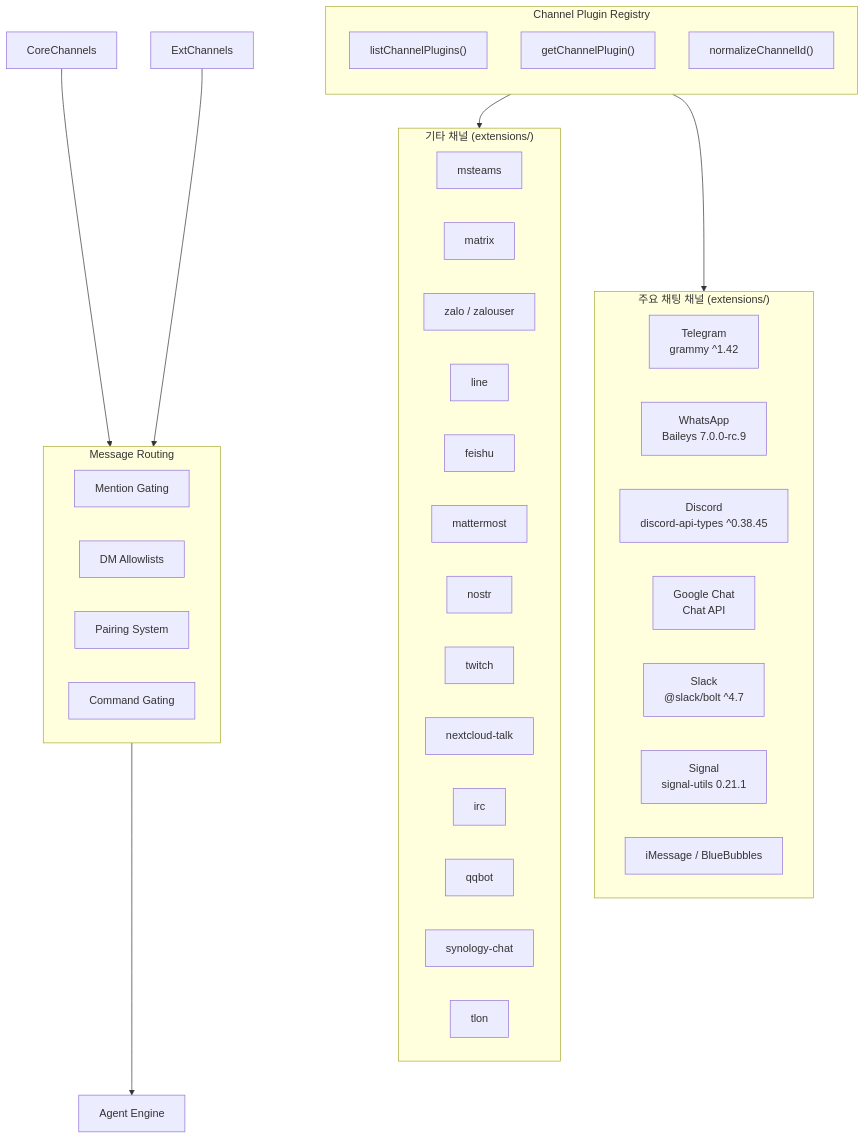
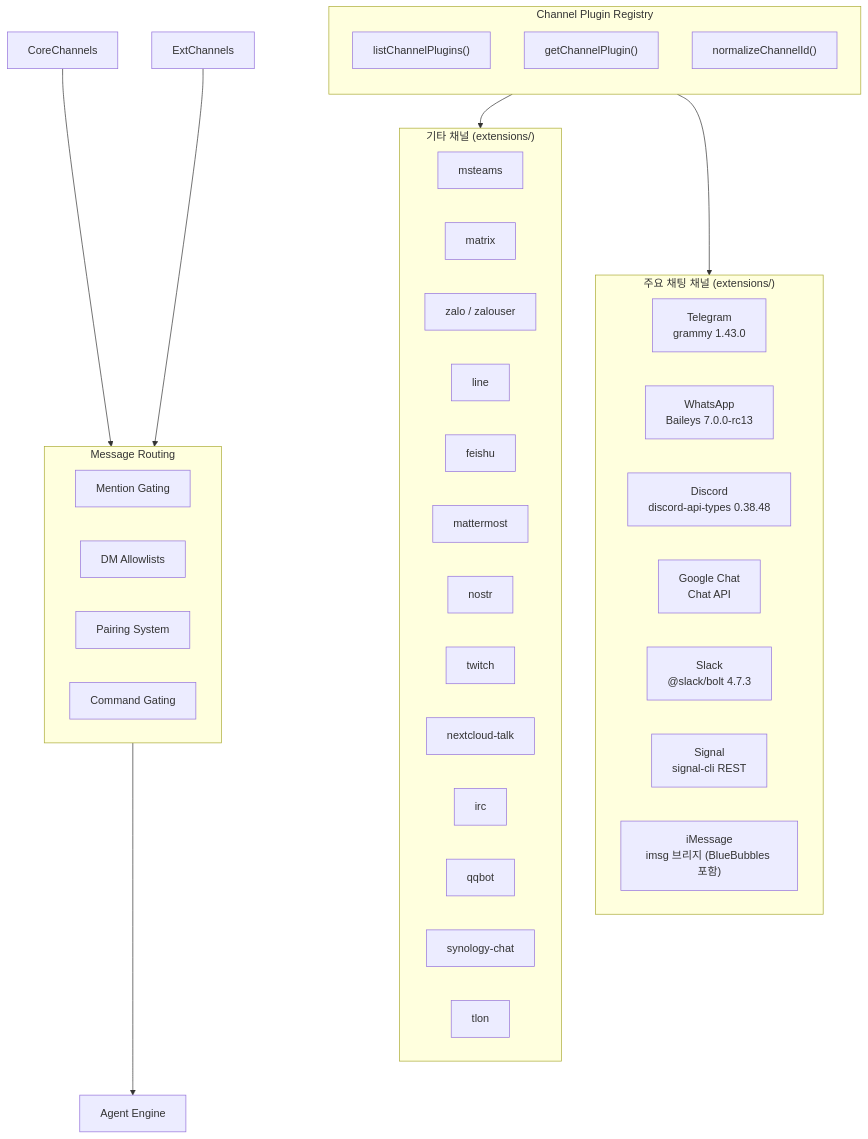
One commit to kgpark88/aiagent2026 changed the first of 2 diagrams in openclaw분석/02-채널-메시징-시스템.md. Above: the diagram before and after it, drawn with Mermaid. The commit also changed other lines of this file and 11 other files, not shown here.

````diff
--- a/openclaw분석/02-채널-메시징-시스템.md
+++ b/openclaw분석/02-채널-메시징-시스템.md
@@ -17,51 +19,51 @@
 ```mermaid
 flowchart TB
     subgraph Registry["Channel Plugin Registry"]
         direction TB
         LP["listChannelPlugins()"]
         GP["getChannelPlugin()"]
         NCI["normalizeChannelId()"]
     end
 
     subgraph ChannelsPrimary["주요 채팅 채널 (extensions/)"]
         direction LR
-        TG["Telegram<br/>grammy ^1.42"]
-        WA["WhatsApp<br/>Baileys 7.0.0-rc.9"]
-        DC["Discord<br/>discord-api-types ^0.38.45"]
+        TG["Telegram<br/>grammy 1.43.0"]
+        WA["WhatsApp<br/>Baileys 7.0.0-rc13"]
+        DC["Discord<br/>discord-api-types 0.38.48"]
         GC["Google Chat<br/>Chat API"]
-        SL["Slack<br/>@slack/bolt ^4.7"]
-        SG["Signal<br/>signal-utils 0.21.1"]
-        IM["iMessage / BlueBubbles"]
+        SL["Slack<br/>@slack/bolt 4.7.3"]
+        SG["Signal<br/>signal-cli REST"]
+        IM["iMessage<br/>imsg 브리지 (BlueBubbles 포함)"]
     end
 
     subgraph ChannelsMore["기타 채널 (extensions/)"]
         direction LR
         MST["msteams"]
         MTX["matrix"]
         ZL["zalo / zalouser"]
         LN["line"]
         FS["feishu"]
         MM["mattermost"]
         NST["nostr"]
         TW["twitch"]
         NCT["nextcloud-talk"]
         IRC["irc"]
         QQ["qqbot"]
         SYN["synology-chat"]
         TLN["tlon"]
     end
 
     Registry --> ChannelsPrimary
     Registry --> ChannelsMore
 
     subgraph Routing["Message Routing"]
         MG["Mention Gating"]
         AL["DM Allowlists"]
         PR["Pairing System"]
         CG["Command Gating"]
     end
 
     CoreChannels --> Routing
     ExtChannels --> Routing
     Routing --> AGENT["Agent Engine"]
 ```
````
